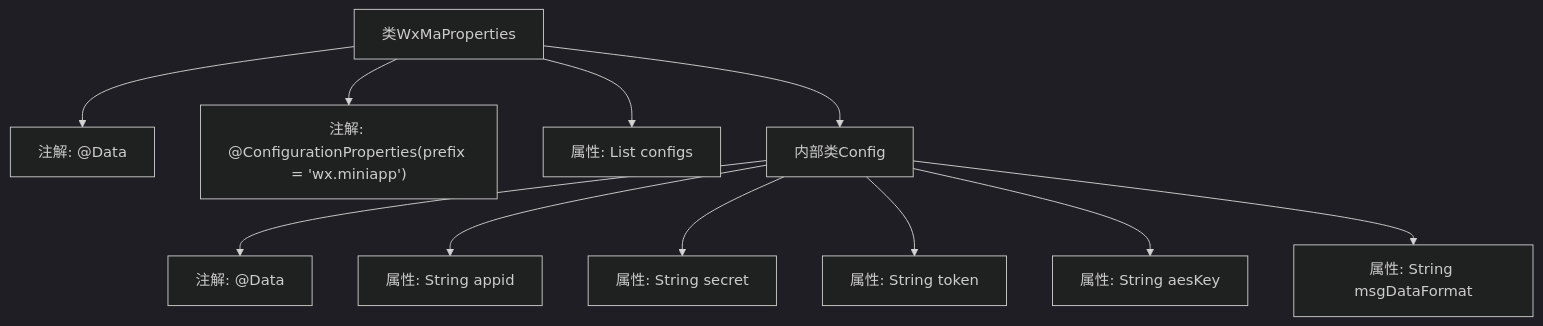
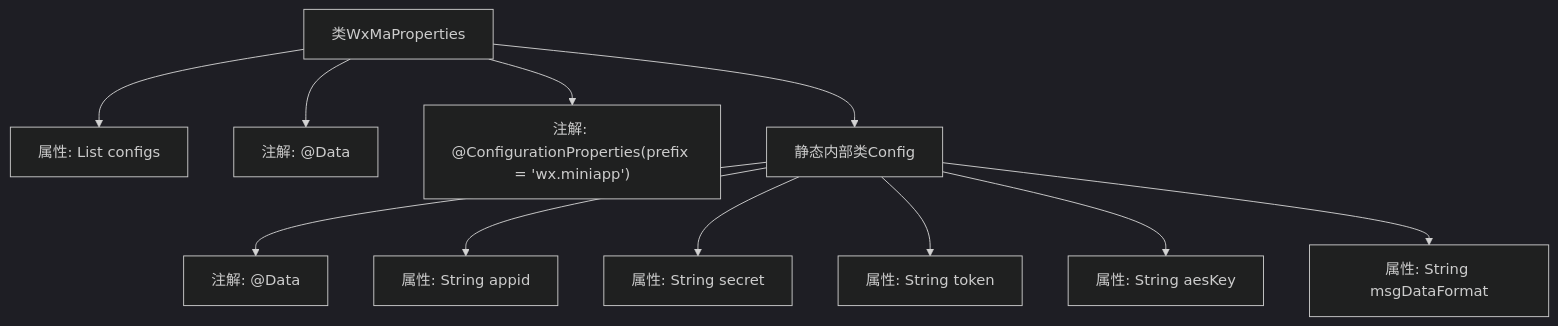
Before and after one commit to v-wjrong/binary_weixin-java-miniapp-demo: the second of 2 diagrams in docs/zh/docs/src/main/java/com/github/binarywang/demo/wx/miniapp/config/WxMaProperties.md, drawn with Mermaid (dark theme). The commit also changed other lines of this file and 47 other files, not shown here.

````diff
--- a/docs/zh/docs/src/main/java/com/github/binarywang/demo/wx/miniapp/config/WxMaProperties.md
+++ b/docs/zh/docs/src/main/java/com/github/binarywang/demo/wx/miniapp/config/WxMaProperties.md
@@ -70,25 +70,27 @@
 ```mermaid
 graph TD
     A["类WxMaProperties"]
-    B["注解: @Data"]
-    C["注解: @ConfigurationProperties(prefix = 'wx.miniapp')"]
-    D["属性: List<Config> configs"]
-    E["内部类Config"]
-    F["注解: @Data"]
-    G["属性: String appid"]
-    H["属性: String secret"]
-    I["属性: String token"]
-    J["属性: String aesKey"]
-    K["属性: String msgDataFormat"]
+    B["属性: List<Config> configs"]
+    C["注解: @Data"]
+    D["注解: @ConfigurationProperties(prefix = 'wx.miniapp')"]
+    
+    E["静态内部类Config"]
+    F["属性: String appid"]
+    G["属性: String secret"]
+    H["属性: String token"]
+    I["属性: String aesKey"]
+    J["属性: String msgDataFormat"]
+    K["注解: @Data"]
 
-    A --> B
     A --> C
     A --> D
+    A --> B
     A --> E
+
+    E --> K
     E --> F
     E --> G
     E --> H
     E --> I
     E --> J
-    E --> K
 ```
````
